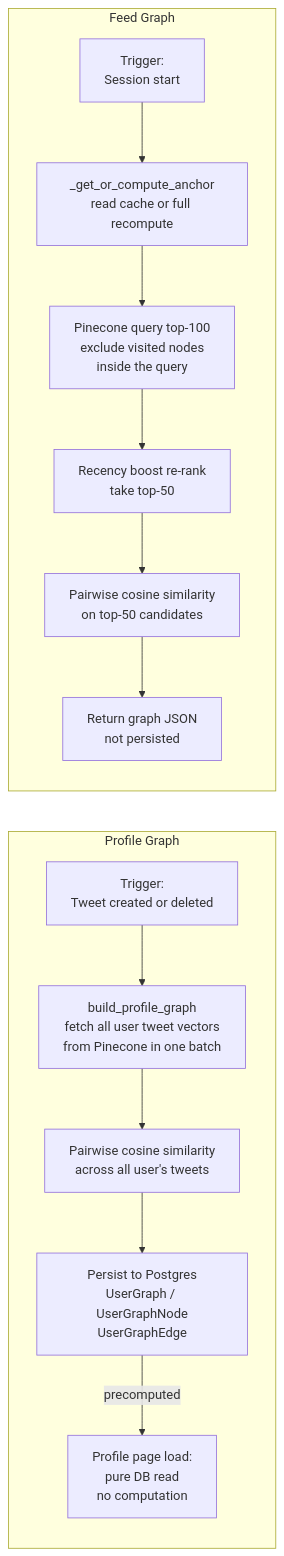
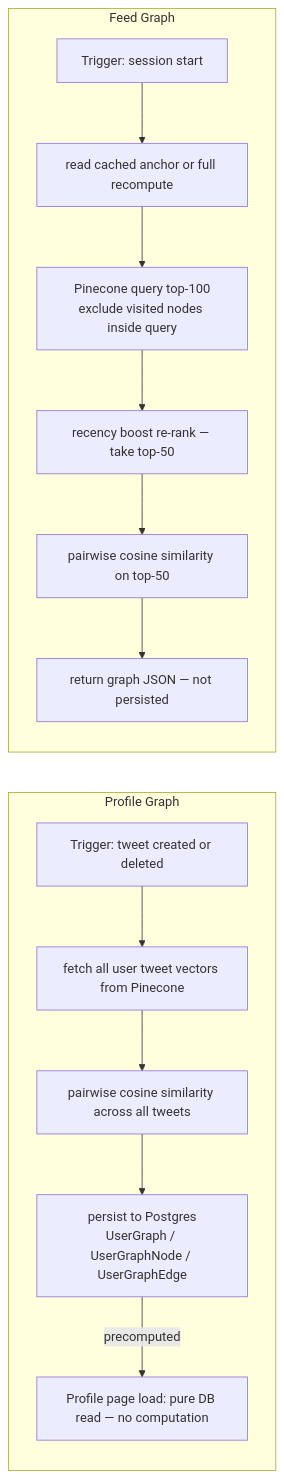
Before and after one commit to yeabb/SonderAI-backend: the fifth of 6 diagrams in docs/ARCHITECTURE.md, drawn with Mermaid. The commit also changed other lines of this file, not shown here.

Commit message:
📊 Fix Mermaid line breaks — replace all \n with br tags or single lines

````diff
--- a/docs/ARCHITECTURE.md
+++ b/docs/ARCHITECTURE.md
@@ -268,24 +257,24 @@
 ```mermaid
 flowchart LR
     subgraph Profile["Profile Graph"]
         direction TB
-        PT["Trigger:\nTweet created or deleted"]
-        PB["build_profile_graph\nfetch all user tweet vectors\nfrom Pinecone in one batch"]
-        PE["Pairwise cosine similarity\nacross all user's tweets"]
-        PS["Persist to Postgres\nUserGraph / UserGraphNode\nUserGraphEdge"]
-        PR["Profile page load:\npure DB read\nno computation"]
+        PT["Trigger: tweet created or deleted"]
+        PB["fetch all user tweet vectors from Pinecone"]
+        PE["pairwise cosine similarity across all tweets"]
+        PS["persist to Postgres<br/>UserGraph / UserGraphNode / UserGraphEdge"]
+        PR["Profile page load: pure DB read — no computation"]
         PT --> PB --> PE --> PS
         PS -->|"precomputed"| PR
     end
 
     subgraph Feed["Feed Graph"]
         direction TB
-        FT["Trigger:\nSession start"]
-        FA["_get_or_compute_anchor\nread cache or full recompute"]
-        FQ["Pinecone query top-100\nexclude visited nodes\ninside the query"]
-        FR["Recency boost re-rank\ntake top-50"]
-        FE["Pairwise cosine similarity\non top-50 candidates"]
-        FJ["Return graph JSON\nnot persisted"]
+        FT["Trigger: session start"]
+        FA["read cached anchor or full recompute"]
+        FQ["Pinecone query top-100<br/>exclude visited nodes inside query"]
+        FR["recency boost re-rank — take top-50"]
+        FE["pairwise cosine similarity on top-50"]
+        FJ["return graph JSON — not persisted"]
         FT --> FA --> FQ --> FR --> FE --> FJ
     end
 ```
````
